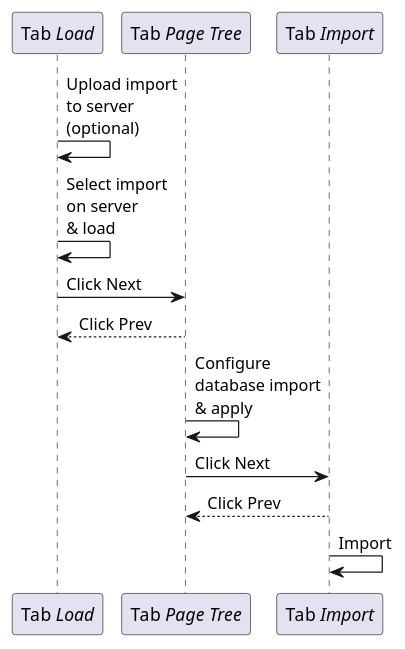
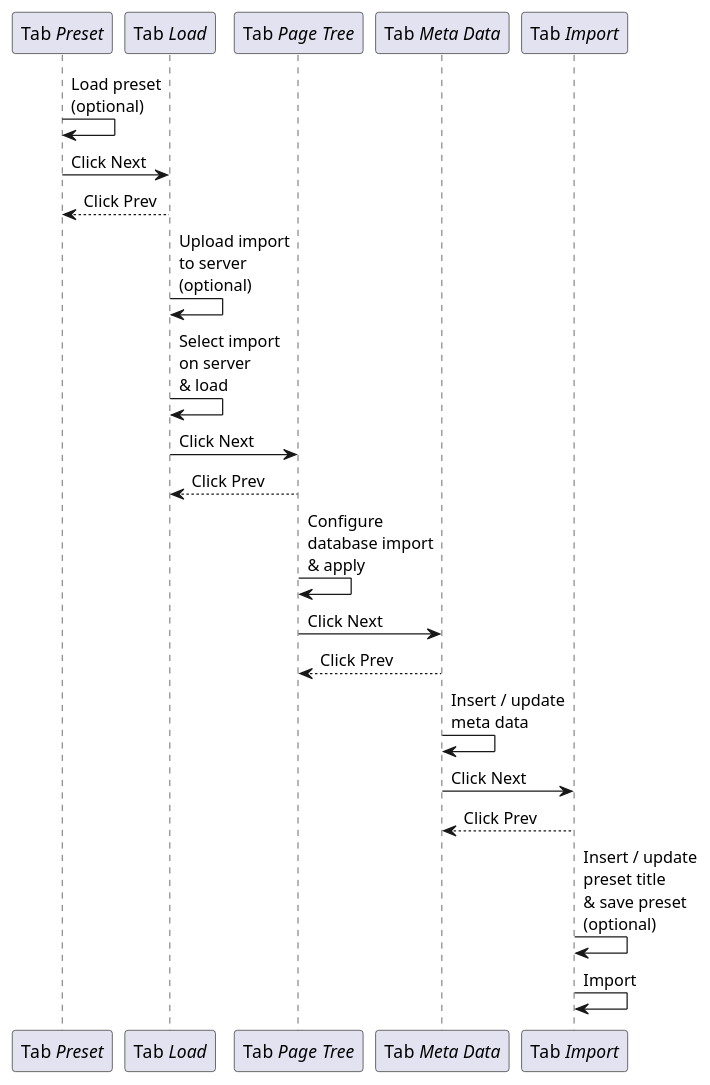
The second of 2 diagrams in typo3/sysext/impexp/Documentation/Introduction/Index.rst (alexander-nitsche/TYPO3.CMS), drawn with PlantUML before and after one commit.

Commit message:
[DOCS] Add presets to import module

```diff
--- a/typo3/sysext/impexp/Documentation/Introduction/Index.rst
+++ b/typo3/sysext/impexp/Documentation/Introduction/Index.rst
@@ -45,12 +45,21 @@
 .. uml::
 
-   "Tab <i>Load</i>" as tabLoad -> tabLoad: Upload import\nto server\n(optional)
+   "Tab <i>Preset</i>" as tabPreset -> tabPreset: Load preset\n(optional)
+   tabPreset -> "Tab <i>Load</i>" as tabLoad: Click Next
+   tabLoad --> tabPreset: Click Prev
+
+   tabLoad -> tabLoad: Upload import\nto server\n(optional)
    tabLoad -> tabLoad: Select import\non server\n& load
    tabLoad -> "Tab <i>Page Tree</i>" as tabPageTree: Click Next
    tabPageTree --> tabLoad: Click Prev
 
    tabPageTree -> tabPageTree: Configure\ndatabase import\n& apply
-   tabPageTree -> "Tab <i>Import</i>" as tabImport: Click Next
-   tabImport --> tabPageTree: Click Prev
+   tabPageTree -> "Tab <i>Meta Data</i>" as tabMetaData: Click Next
+   tabMetaData --> tabPageTree: Click Prev
 
+   tabMetaData -> tabMetaData: Insert / update\nmeta data
+   tabMetaData -> "Tab <i>Import</i>" as tabImport: Click Next
+   tabImport --> tabMetaData: Click Prev
+
+   tabImport -> tabImport: Insert / update\npreset title\n& save preset\n(optional)
    tabImport -> tabImport: Import
```
